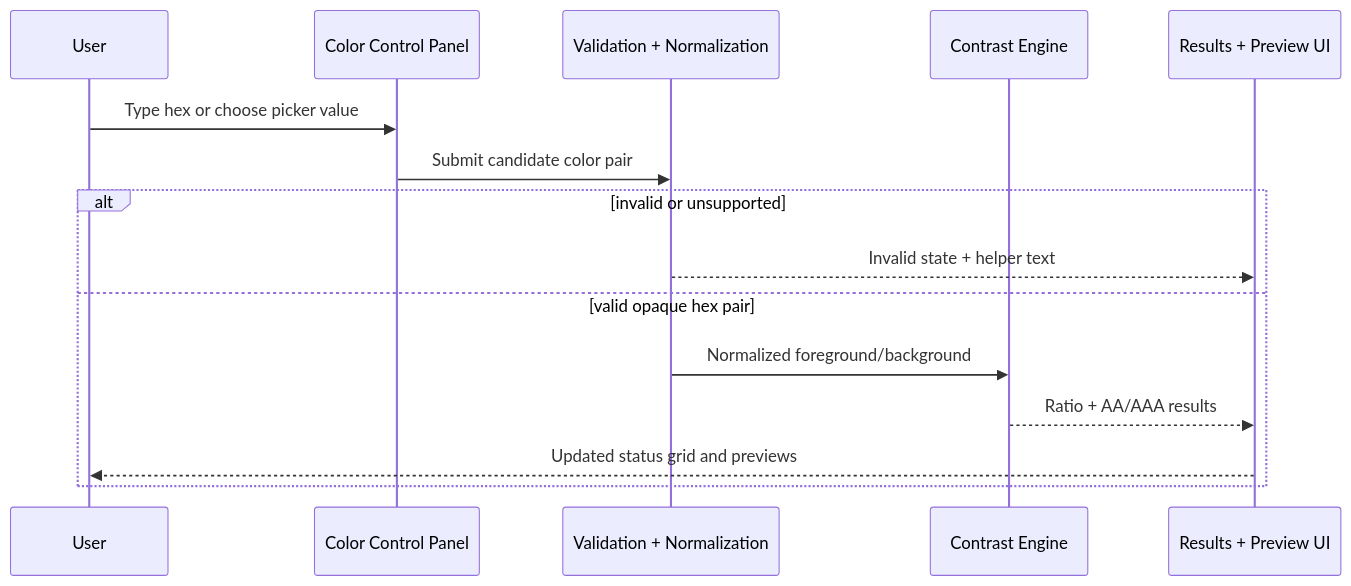
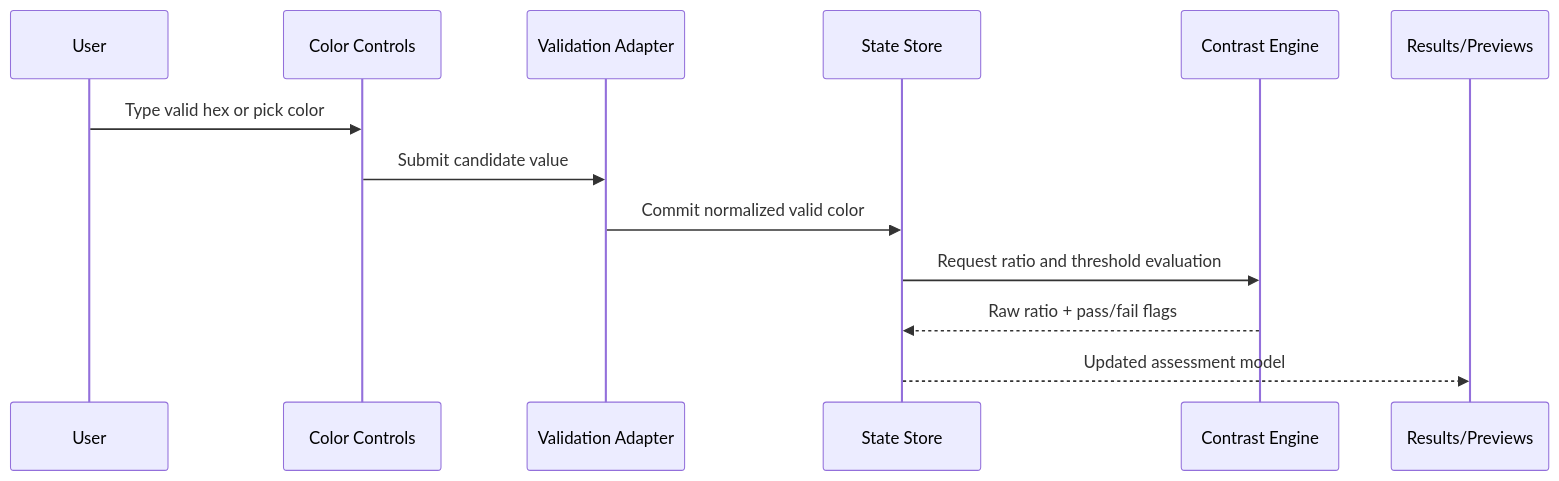
The fifth of 8 diagrams in docs/architecture/c4.md (superiority-claw-agent/contrast-workbench-spark-0606), drawn with Mermaid before and after one commit. The commit also changed other lines of this file and 26 other files, not shown here.

````diff
--- a/docs/architecture/c4.md
+++ b/docs/architecture/c4.md
@@ -96,18 +135,16 @@
 ```mermaid
 sequenceDiagram
     participant U as User
-    participant C as Color Control Panel
-    participant V as Validation + Normalization
+    participant C as Color Controls
+    participant V as Validation Adapter
+    participant S as State Store
     participant E as Contrast Engine
-    participant R as Results + Preview UI
+    participant R as Results/Previews
 
-    U->>C: Type hex or choose picker value
-    C->>V: Submit candidate color pair
-    alt invalid or unsupported
-        V-->>R: Invalid state + helper text
-    else valid opaque hex pair
-        V->>E: Normalized foreground/background
-        E-->>R: Ratio + AA/AAA results
-        R-->>U: Updated status grid and previews
-    end
+    U->>C: Type valid hex or pick color
+    C->>V: Submit candidate value
+    V->>S: Commit normalized valid color
+    S->>E: Request ratio and threshold evaluation
+    E-->>S: Raw ratio + pass/fail flags
+    S-->>R: Updated assessment model
 ```
````
